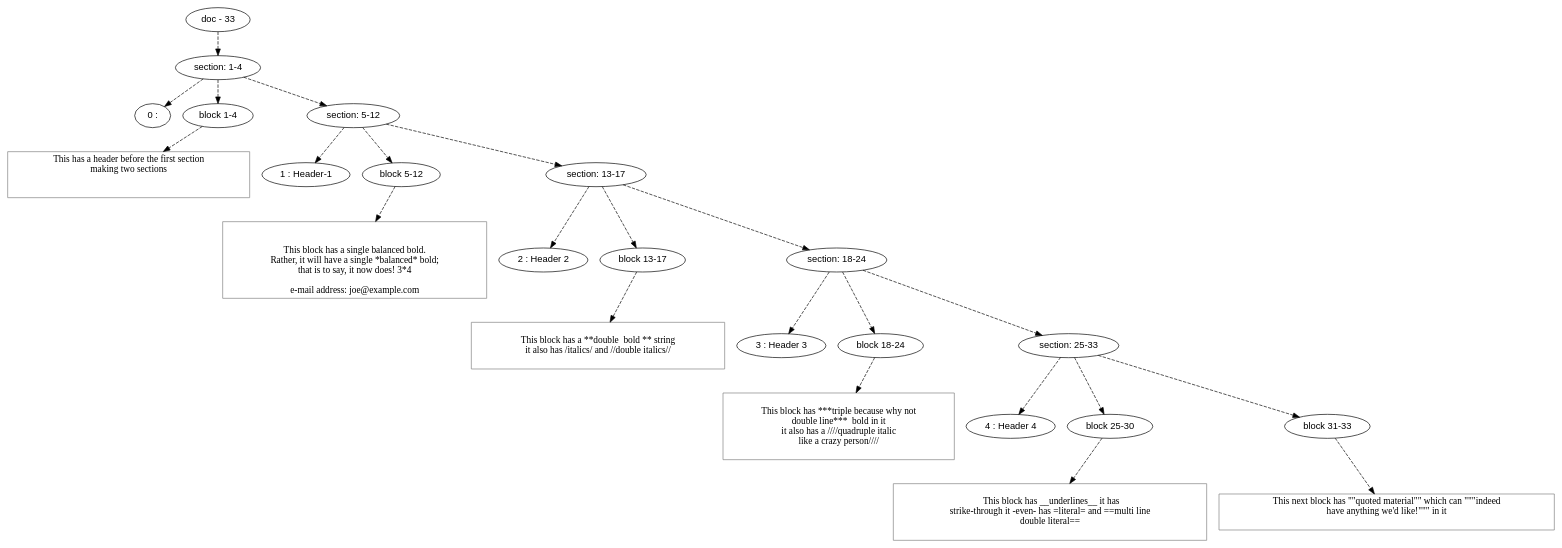
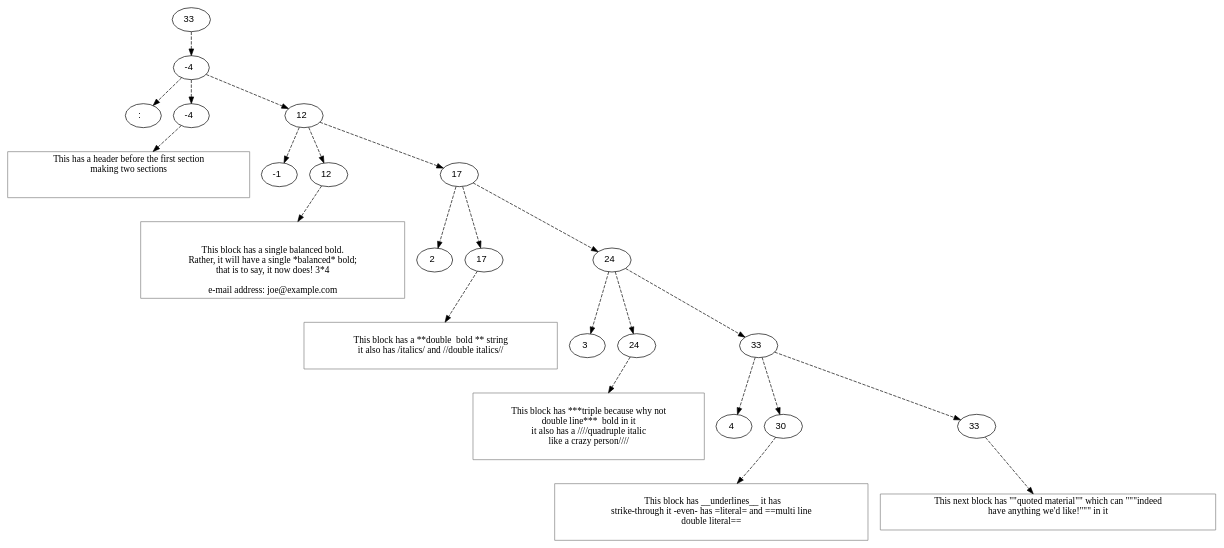
The diagram in orb/dot/samples/header-with-basic-block.gm.dot (mnemnion/orb), drawn with Graphviz before and after one commit. The commit also changed 122 other files, not shown here.

```diff
--- a/orb/dot/samples/header-with-basic-block.gm.dot
+++ b/orb/dot/samples/header-with-basic-block.gm.dot
@@ -1,90 +1,90 @@
 digraph hierarchy {
 
 node [fontname=Helvetica]
 edge [style=dashed]
 
-doc_0 [label="doc - 33"]
+doc_0 [label="33  "]
 
 doc_0 -> { section_1}
 {rank=same; section_1}
 
-section_1 [label="section: 1-4"]
+section_1 [label="-4  "]
 
 section_1 -> { header_2 block_3 section_4}
 {rank=same; header_2 block_3 section_4}
 
-header_2 [label="0 : "]
-block_3 [label="block 1-4"]
-section_4 [label="section: 5-12"]
+header_2 [label=":   "]
+block_3 [label="-4  "]
+section_4 [label="12  "]
 
 
 block_3 -> leaf_5
 leaf_5  [color=Gray,shape=rectangle,fontname=Inconsolata,label="This has a header before the first section
 making two sections
        
 
 "]section_4 -> { header_6 block_7 section_8}
 {rank=same; header_6 block_7 section_8}
 
-header_6 [label="1 : Header-1"]
-block_7 [label="block 5-12"]
-section_8 [label="section: 13-17"]
+header_6 [label="-1  "]
+block_7 [label="12  "]
+section_8 [label="17  "]
 
 
 block_7 -> leaf_9
 leaf_9  [color=Gray,shape=rectangle,fontname=Inconsolata,label="
 
 This block has a single balanced bold.
 Rather, it will have a single *balanced* bold;
 that is to say, it now does! 3*4
  
 e-mail address: joe@example.com
 "]section_8 -> { header_10 block_11 section_12}
 {rank=same; header_10 block_11 section_12}
 
-header_10 [label="2 : Header 2"]
-block_11 [label="block 13-17"]
-section_12 [label="section: 18-24"]
+header_10 [label=" 2  "]
+block_11 [label="17  "]
+section_12 [label="24  "]
 
 
 block_11 -> leaf_13
 leaf_13  [color=Gray,shape=rectangle,fontname=Inconsolata,label="
 This block has a **double  bold ** string
 it also has /italics/ and //double italics//
 
 "]section_12 -> { header_14 block_15 section_16}
 {rank=same; header_14 block_15 section_16}
 
-header_14 [label="3 : Header 3"]
-block_15 [label="block 18-24"]
-section_16 [label="section: 25-33"]
+header_14 [label=" 3  "]
+block_15 [label="24  "]
+section_16 [label="33  "]
 
 
 block_15 -> leaf_17
 leaf_17  [color=Gray,shape=rectangle,fontname=Inconsolata,label="
 This block has ***triple because why not
 double line***  bold in it
 it also has a ////quadruple italic
 like a crazy person////
 
 "]section_16 -> { header_18 block_19 block_20}
 {rank=same; header_18 block_19 block_20}
 
-header_18 [label="4 : Header 4"]
-block_19 [label="block 25-30"]
-block_20 [label="block 31-33"]
+header_18 [label=" 4  "]
+block_19 [label="30  "]
+block_20 [label="33  "]
 
 
 block_19 -> leaf_21
 leaf_21  [color=Gray,shape=rectangle,fontname=Inconsolata,label="
   This block has __underlines__ it has 
 strike-through it -even- has =literal= and ==multi line
 double literal==
 
 "]
 block_20 -> leaf_22
 leaf_22  [color=Gray,shape=rectangle,fontname=Inconsolata,label="This next block has \"\"quoted material\"\" which can \"\"\"indeed
 have anything we'd like!\"\"\" in it
 
 "]
 }
```
